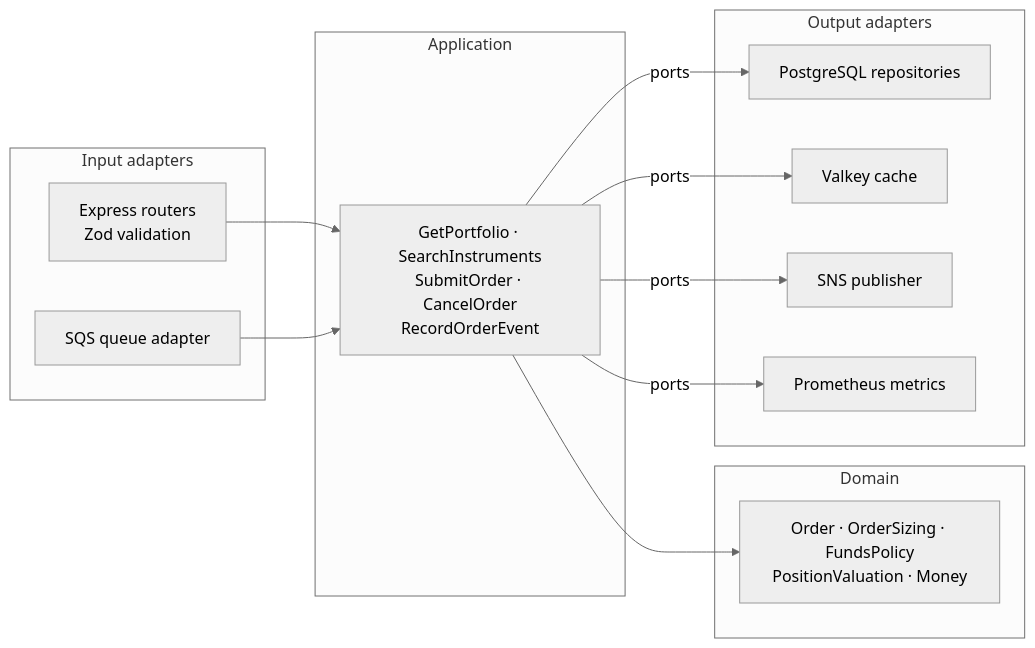
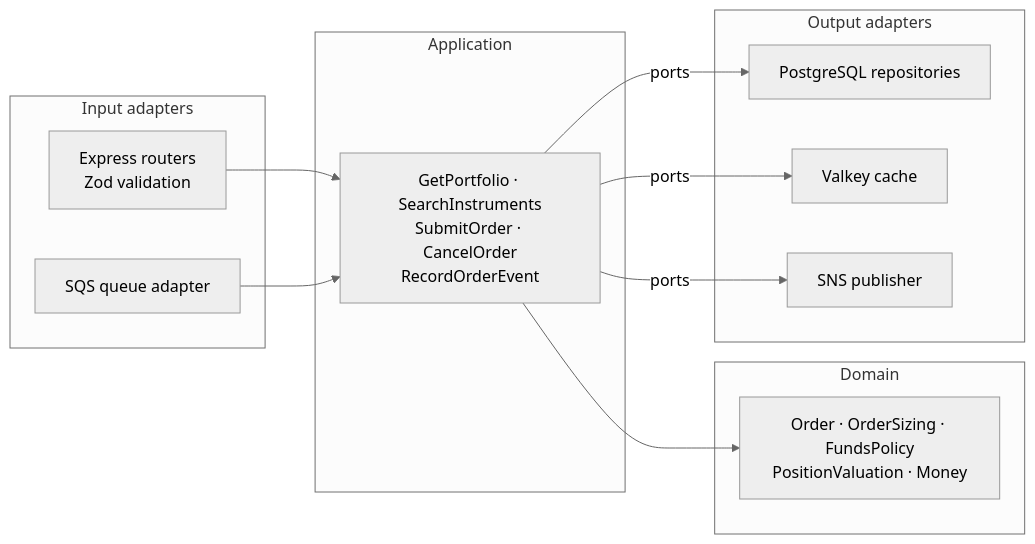
Before and after one commit to Samuel0023/cocos-challenge: the first of 2 diagrams in docs/architecture.md, drawn with Mermaid (neutral theme). The commit also changed other lines of this file and 13 other files, not shown here.

````diff
--- a/docs/architecture.md
+++ b/docs/architecture.md
@@ -7,26 +7,24 @@
 ```mermaid
 flowchart LR
   subgraph IN["Input adapters"]
     HTTP["Express routers<br/>Zod validation"]
     CONS["SQS queue adapter"]
   end
   subgraph APP["Application"]
     UC["GetPortfolio · SearchInstruments<br/>SubmitOrder · CancelOrder<br/>RecordOrderEvent"]
   end
   subgraph DOM["Domain"]
     D["Order · OrderSizing · FundsPolicy<br/>PositionValuation · Money"]
   end
   subgraph OUT["Output adapters"]
     PG["PostgreSQL repositories"]
     VK["Valkey cache"]
     SNS["SNS publisher"]
-    MET["Prometheus metrics"]
   end
   HTTP --> UC
   CONS --> UC
   UC --> D
   UC -- ports --> PG
   UC -- ports --> VK
   UC -- ports --> SNS
-  UC -- ports --> MET
 ```
````
